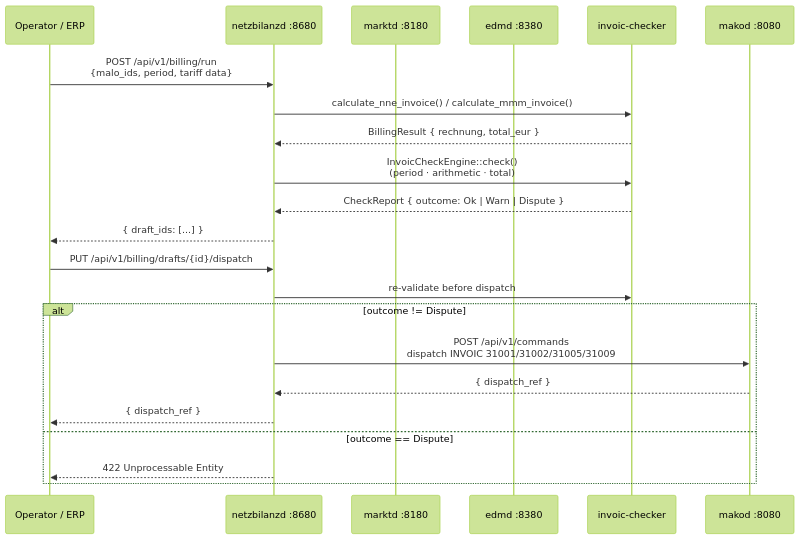
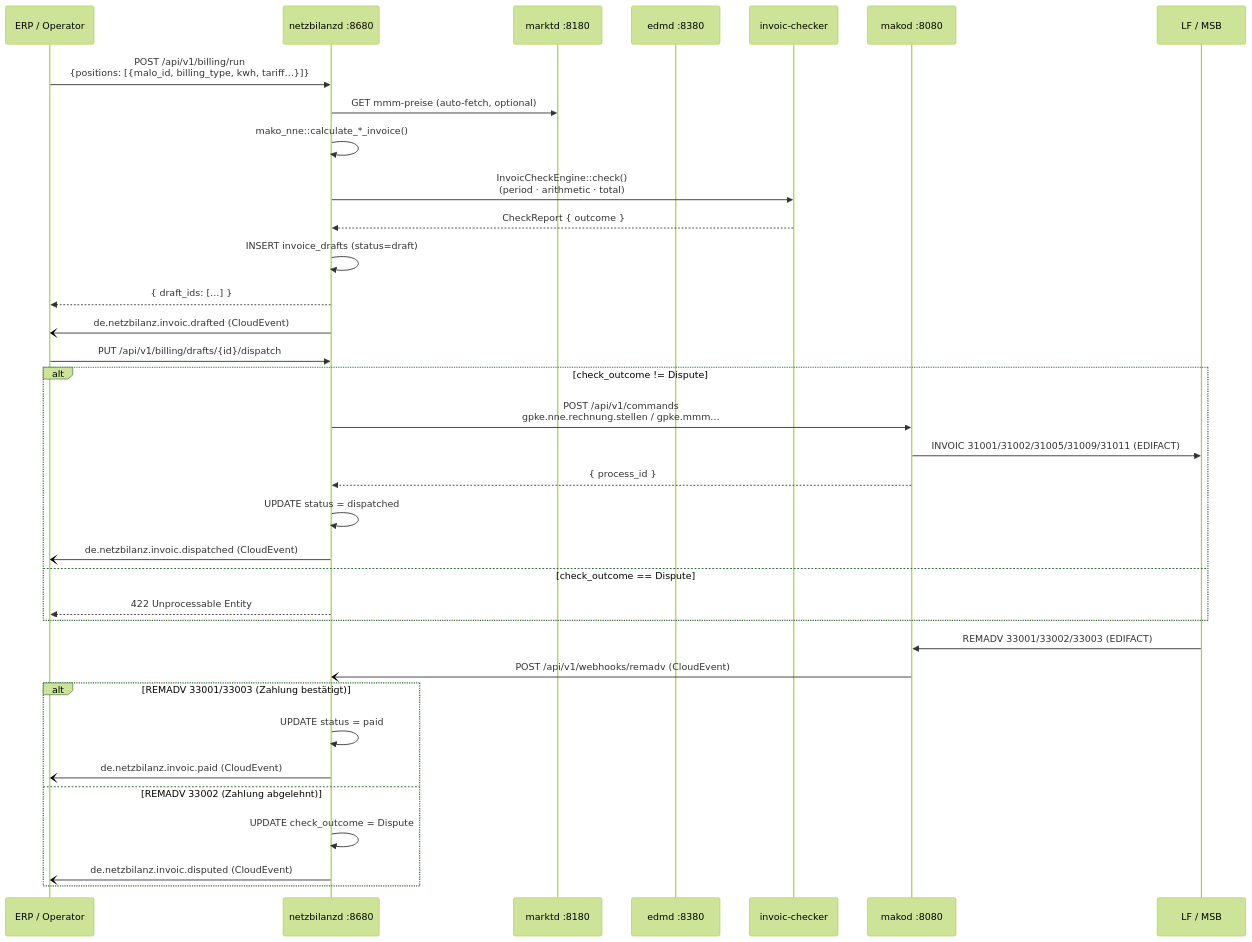
One commit to hupe1980/mako changed the first of 4 diagrams in docs/netzbilanzd.md. Above: the diagram before and after it, drawn with Mermaid (forest theme). The commit also changed other lines of this file and 126 other files, not shown here.

````diff
--- a/docs/netzbilanzd.md
+++ b/docs/netzbilanzd.md
@@ -33,26 +36,40 @@
 ```mermaid
 sequenceDiagram
-    participant Op as Operator / ERP
+    participant ERP as ERP / Operator
     participant nd as netzbilanzd :8680
     participant marktd as marktd :8180
     participant edmd as edmd :8380
     participant chk as invoic-checker
     participant makod as makod :8080
+    participant LF as LF / MSB
 
-    Op->>nd: POST /api/v1/billing/run<br/>{malo_ids, period, tariff data}
-    nd->>chk: calculate_nne_invoice() / calculate_mmm_invoice()
-    chk-->>nd: BillingResult { rechnung, total_eur }
+    ERP->>nd: POST /api/v1/billing/run<br/>{positions: [{malo_id, billing_type, kwh, tariff…}]}
+    nd->>marktd: GET mmm-preise (auto-fetch, optional)
+    nd->>nd: mako_nne::calculate_*_invoice()
     nd->>chk: InvoicCheckEngine::check()<br/>(period · arithmetic · total)
-    chk-->>nd: CheckReport { outcome: Ok | Warn | Dispute }
-    nd-->>Op: { draft_ids: [...] }
+    chk-->>nd: CheckReport { outcome }
+    nd->>nd: INSERT invoice_drafts (status=draft)
+    nd-->>ERP: { draft_ids: […] }
+    nd-)ERP: de.netzbilanz.invoic.drafted (CloudEvent)
 
-    Op->>nd: PUT /api/v1/billing/drafts/{id}/dispatch
-    nd->>chk: re-validate before dispatch
-    alt outcome != Dispute
-        nd->>makod: POST /api/v1/commands<br/>dispatch INVOIC 31001/31002/31005/31009
-        makod-->>nd: { dispatch_ref }
-        nd-->>Op: { dispatch_ref }
-    else outcome == Dispute
-        nd-->>Op: 422 Unprocessable Entity
+    ERP->>nd: PUT /api/v1/billing/drafts/{id}/dispatch
+    alt check_outcome != Dispute
+        nd->>makod: POST /api/v1/commands<br/>gpke.nne.rechnung.stellen / gpke.mmm…
+        makod->>LF: INVOIC 31001/31002/31005/31009/31011 (EDIFACT)
+        makod-->>nd: { process_id }
+        nd->>nd: UPDATE status = dispatched
+        nd-)ERP: de.netzbilanz.invoic.dispatched (CloudEvent)
+    else check_outcome == Dispute
+        nd-->>ERP: 422 Unprocessable Entity
+    end
+
+    LF->>makod: REMADV 33001/33002/33003 (EDIFACT)
+    makod-)nd: POST /api/v1/webhooks/remadv (CloudEvent)
+    alt REMADV 33001/33003 (Zahlung bestätigt)
+        nd->>nd: UPDATE status = paid
+        nd-)ERP: de.netzbilanz.invoic.paid (CloudEvent)
+    else REMADV 33002 (Zahlung abgelehnt)
+        nd->>nd: UPDATE check_outcome = Dispute
+        nd-)ERP: de.netzbilanz.invoic.disputed (CloudEvent)
     end
 ```
````
